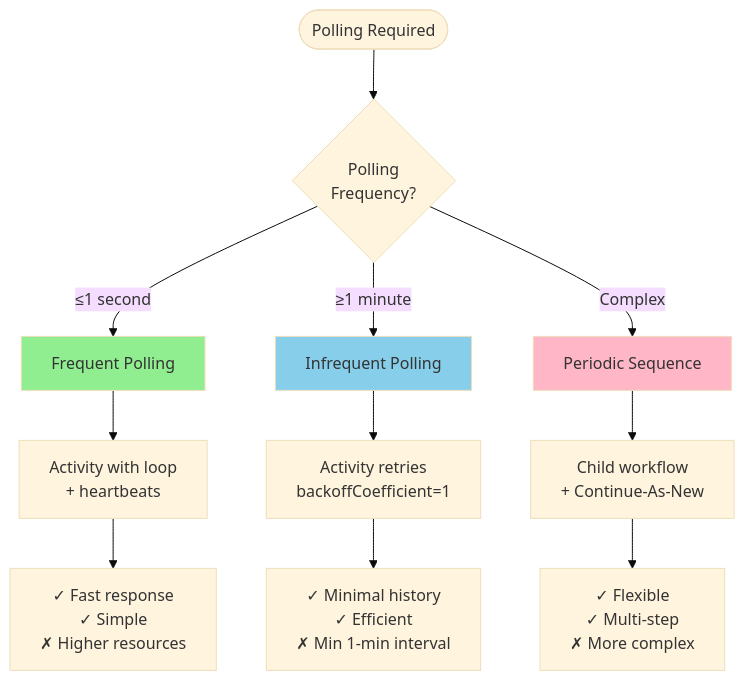
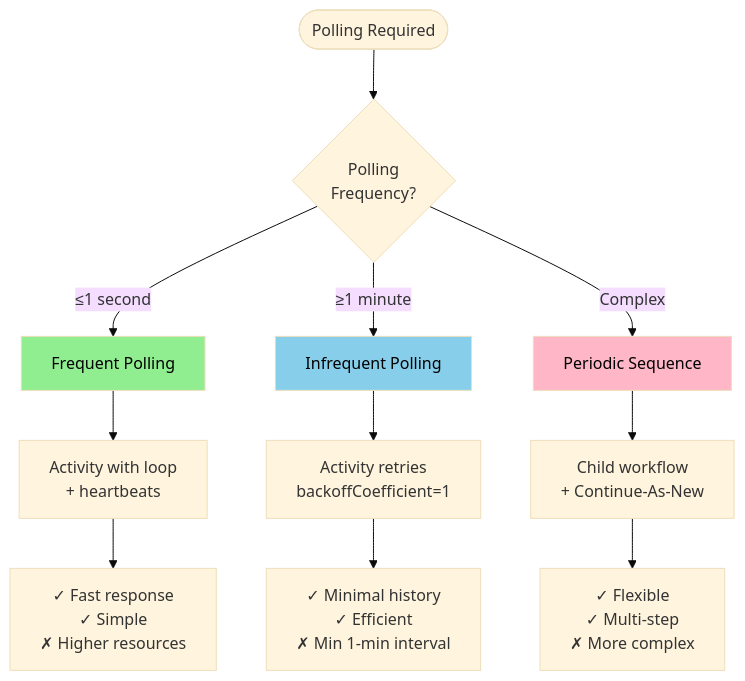
Before and after one commit to taonic/temporal-design-patterns: the diagram in docs/polling.md, drawn with Mermaid (base theme). The commit also changed 7 other files, not shown here.

````diff
--- a/docs/polling.md
+++ b/docs/polling.md
@@ -31,20 +31,20 @@
 ```mermaid
 flowchart TD
     Start([Polling Required]) --> Freq{Polling<br/>Frequency?}
     
     Freq -->|≤1 second| Fast[Frequent Polling]
     Freq -->|≥1 minute| Slow[Infrequent Polling]
     Freq -->|Complex| Complex[Periodic Sequence]
     
     Fast --> FastImpl[Activity with loop<br/>+ heartbeats]
     Slow --> SlowImpl[Activity retries<br/>backoffCoefficient=1]
     Complex --> ComplexImpl[Child workflow<br/>+ Continue-As-New]
     
     FastImpl --> FastPros["✓ Fast response<br/>✓ Simple<br/>✗ Higher resources"]
     SlowImpl --> SlowPros["✓ Minimal history<br/>✓ Efficient<br/>✗ Min 1-min interval"]
     ComplexImpl --> ComplexPros["✓ Flexible<br/>✓ Multi-step<br/>✗ More complex"]
     
-    style Fast fill:#90EE90
-    style Slow fill:#87CEEB
-    style Complex fill:#FFB6C6
+    style Fast fill:#90EE90,color:#000
+    style Slow fill:#87CEEB,color:#000
+    style Complex fill:#FFB6C6,color:#000
 ```
````
